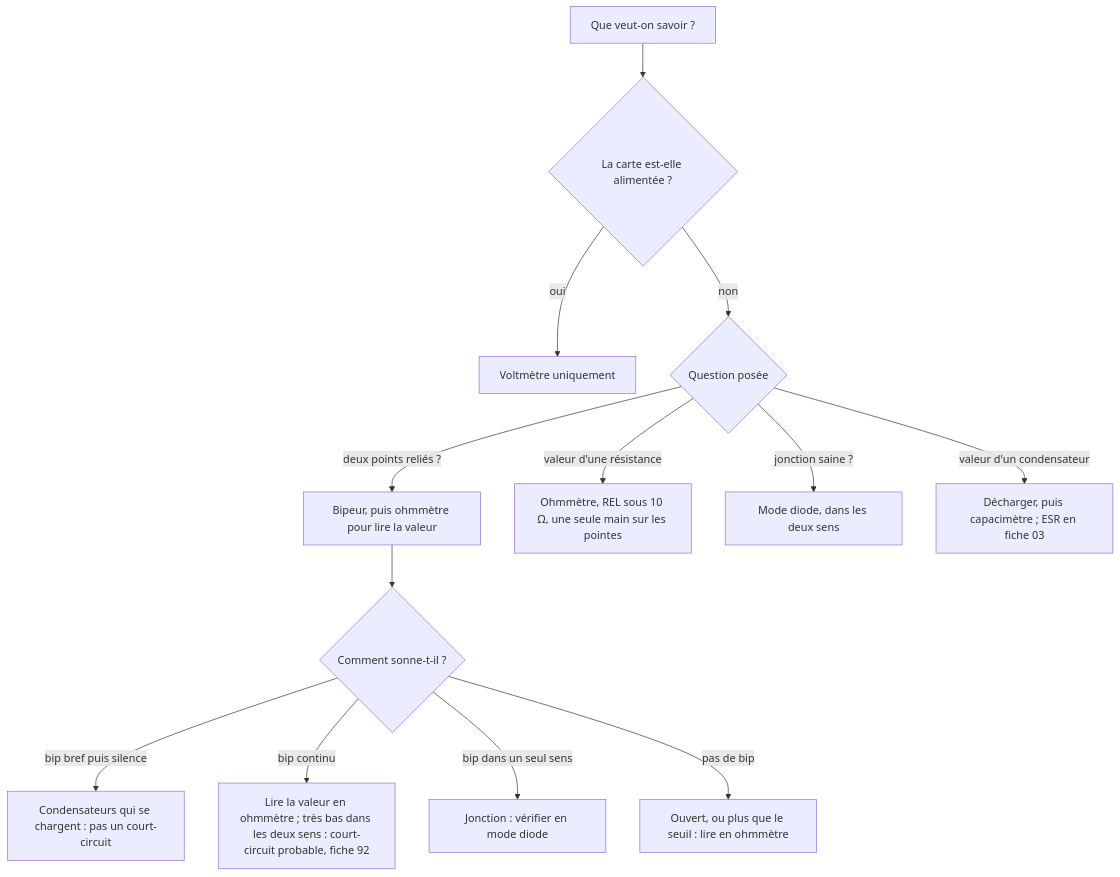
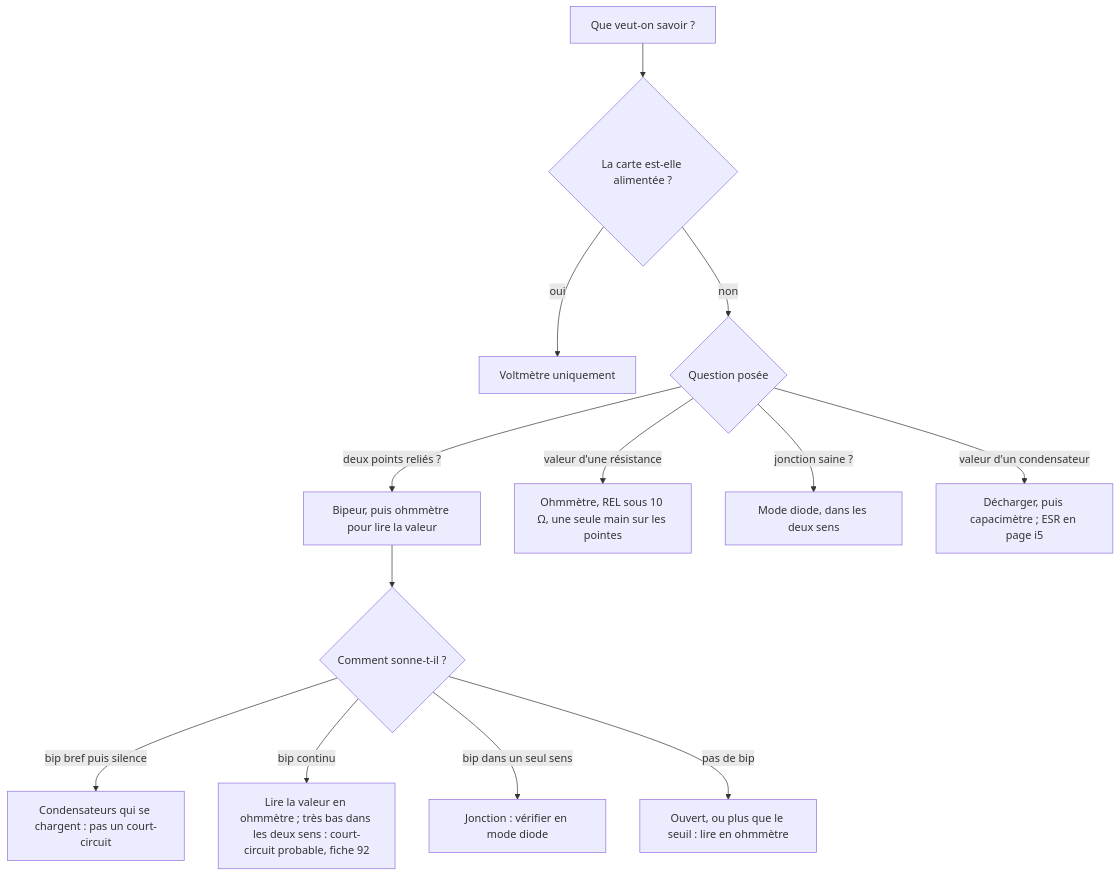
The second of 2 diagrams in troubleshooting/01_multimetre/README.md (benoit-bremaud/ohm-sweet-ohm), drawn with Mermaid before and after one commit. The commit also changed other lines of this file and 26 other files, not shown here.

````diff
--- a/troubleshooting/01_multimetre/README.md
+++ b/troubleshooting/01_multimetre/README.md
@@ -148,15 +148,15 @@
 ```mermaid
 flowchart TD
   A[Que veut-on savoir ?] --> B{La carte est-elle alimentée ?}
   B -- oui --> V[Voltmètre uniquement]
   B -- non --> C{Question posée}
   C -- deux points reliés ? --> D[Bipeur, puis ohmmètre pour lire la valeur]
   C -- valeur d'une résistance --> E[Ohmmètre, REL sous 10 Ω, une seule main sur les pointes]
   C -- jonction saine ? --> F[Mode diode, dans les deux sens]
-  C -- valeur d'un condensateur --> G[Décharger, puis capacimètre ; ESR en fiche 03]
+  C -- valeur d'un condensateur --> G[Décharger, puis capacimètre ; ESR en page i5]
   D --> H{Comment sonne-t-il ?}
   H -- bip bref puis silence --> I[Condensateurs qui se chargent : pas un court-circuit]
   H -- bip continu --> J[Lire la valeur en ohmmètre ; très bas dans les deux sens : court-circuit probable, fiche 92]
   H -- bip dans un seul sens --> L[Jonction : vérifier en mode diode]
   H -- pas de bip --> K[Ouvert, ou plus que le seuil : lire en ohmmètre]
 ```
````
